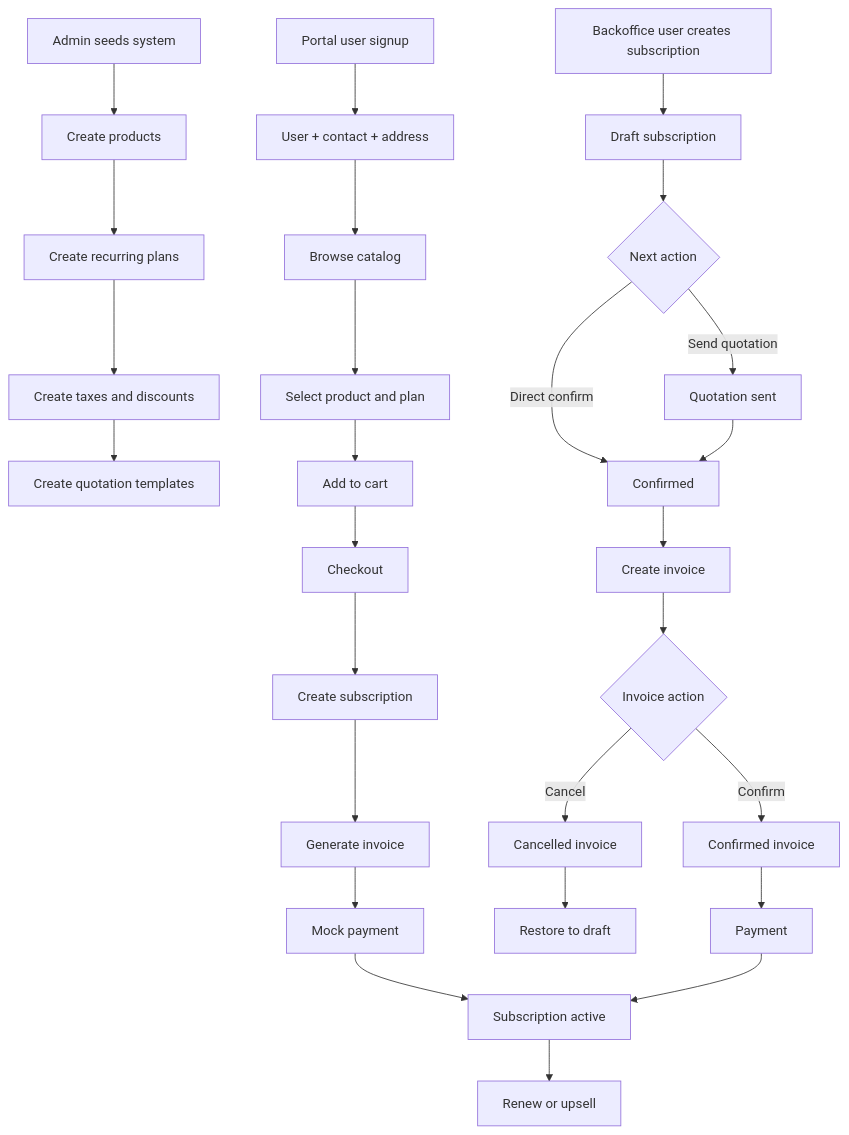
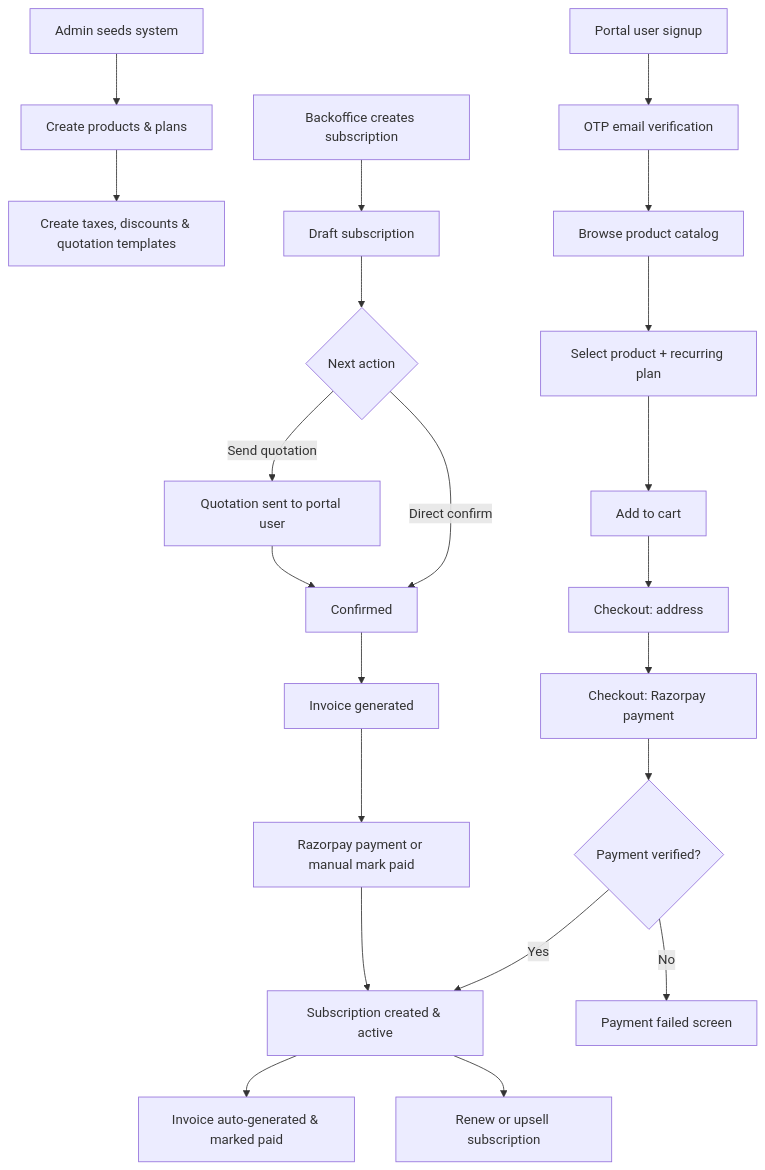
Before and after one commit to Kavish0001/Subscription-Management-System--Team-Kavish: the second of 3 diagrams in README.md, drawn with Mermaid. The commit also changed other lines of this file, not shown here.

````diff
--- a/README.md
+++ b/README.md
@@ -57,31 +115,26 @@
 ```mermaid
 flowchart TD
-    A[Admin seeds system] --> B[Create products]
-    B --> C[Create recurring plans]
-    C --> D[Create taxes and discounts]
-    D --> E[Create quotation templates]
+    A[Admin seeds system] --> B[Create products & plans]
+    B --> C[Create taxes, discounts & quotation templates]
 
-    F[Portal user signup] --> G[User + contact + address]
-    G --> H[Browse catalog]
-    H --> I[Select product and plan]
+    F[Portal user signup] --> G[OTP email verification]
+    G --> H[Browse product catalog]
+    H --> I[Select product + recurring plan]
     I --> J[Add to cart]
-    J --> K[Checkout]
-    K --> L[Create subscription]
-    L --> M[Generate invoice]
-    M --> N[Mock payment]
-    N --> O[Subscription active]
+    J --> K[Checkout: address]
+    K --> L[Checkout: Razorpay payment]
+    L --> M{Payment verified?}
+    M -->|Yes| N[Subscription created & active]
+    M -->|No| O[Payment failed screen]
+    N --> P[Invoice auto-generated & marked paid]
 
-    P[Backoffice user creates subscription] --> Q[Draft subscription]
-    Q --> R{Next action}
-    R -->|Send quotation| S[Quotation sent]
-    R -->|Direct confirm| T[Confirmed]
-    S --> T
-    T --> U[Create invoice]
-    U --> V{Invoice action}
-    V -->|Confirm| W[Confirmed invoice]
-    V -->|Cancel| X[Cancelled invoice]
-    X --> Y[Restore to draft]
-    W --> Z[Payment]
-    Z --> O
-    O --> AA[Renew or upsell]
+    Q[Backoffice creates subscription] --> R[Draft subscription]
+    R --> S{Next action}
+    S -->|Send quotation| T[Quotation sent to portal user]
+    S -->|Direct confirm| U[Confirmed]
+    T --> U
+    U --> V[Invoice generated]
+    V --> W[Razorpay payment or manual mark paid]
+    W --> N
+    N --> X[Renew or upsell subscription]
 ```
````
